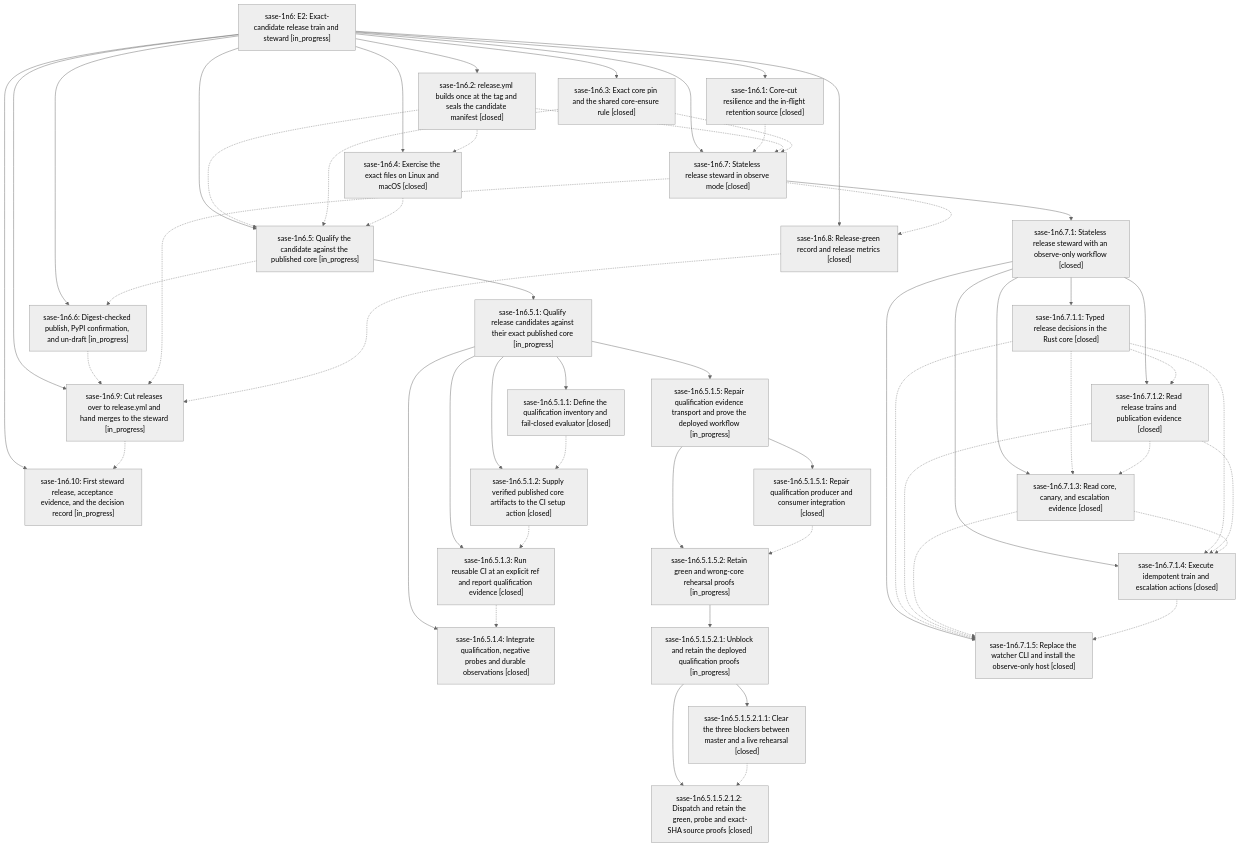
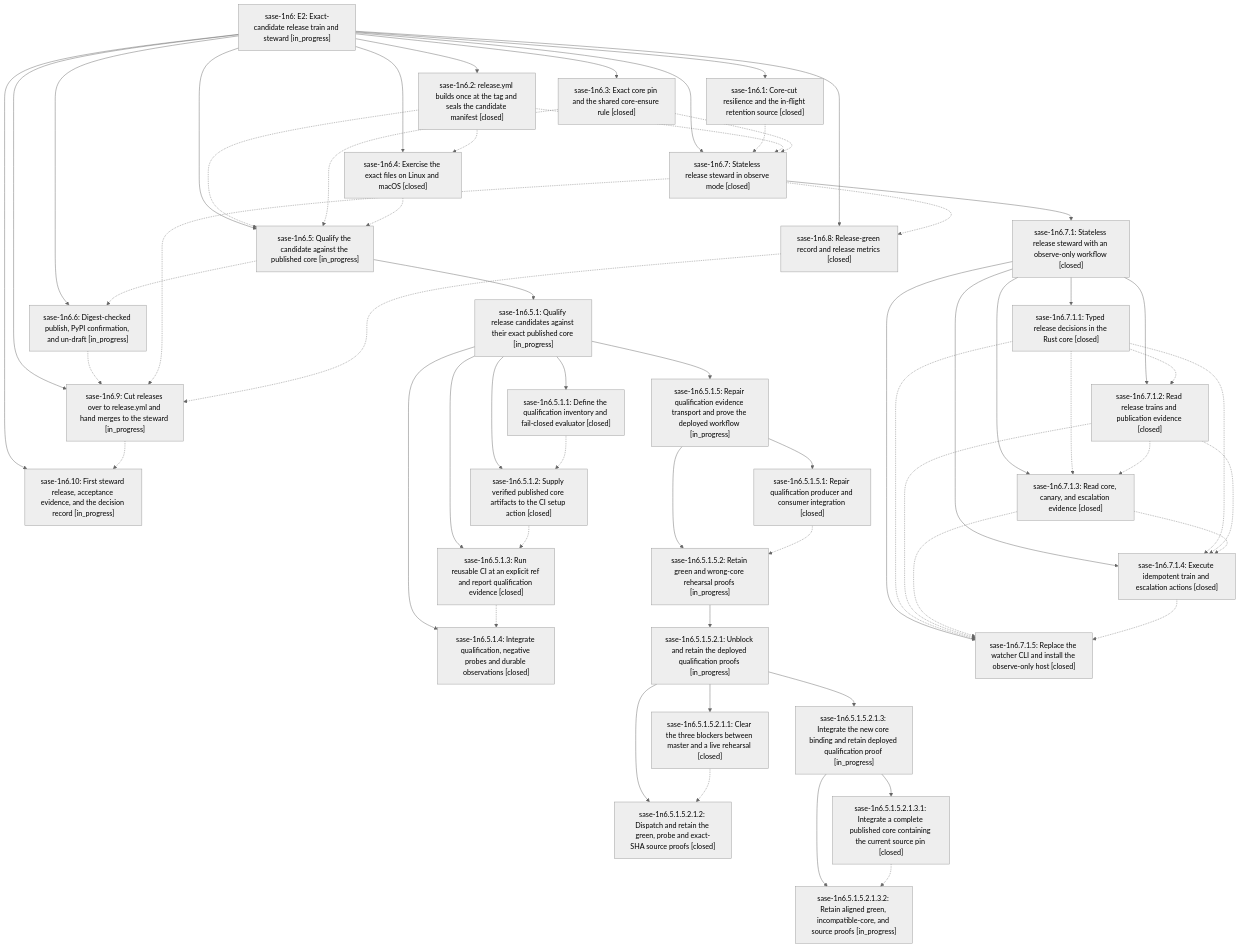
The diagram in pages/sase-1n6/README.md (sase-org/sase--beads), drawn with Mermaid (neutral theme) before and after one commit. The commit also changed other lines of this file and 11 other files, not shown here.

````diff
--- a/pages/sase-1n6/README.md
+++ b/pages/sase-1n6/README.md
@@ -84,16 +88,19 @@
     n15["sase-1n6.5.1.5.2.1: Unblock and retain the deployed qualification proofs [in_progress]"]
     n16["sase-1n6.5.1.5.2.1.1: Clear the three blockers between master and a live rehearsal [closed]"]
     n17["sase-1n6.5.1.5.2.1.2: Dispatch and retain the green, probe and exact-SHA source proofs [closed]"]
-    n18["sase-1n6.6: Digest-checked publish, PyPI confirmation, and un-draft [in_progress]"]
-    n19["sase-1n6.7: Stateless release steward in observe mode [closed]"]
-    n20["sase-1n6.7.1: Stateless release steward with an observe-only workflow [closed]"]
-    n21["sase-1n6.7.1.1: Typed release decisions in the Rust core [closed]"]
-    n22["sase-1n6.7.1.2: Read release trains and publication evidence [closed]"]
-    n23["sase-1n6.7.1.3: Read core, canary, and escalation evidence [closed]"]
-    n24["sase-1n6.7.1.4: Execute idempotent train and escalation actions [closed]"]
-    n25["sase-1n6.7.1.5: Replace the watcher CLI and install the observe-only host [closed]"]
-    n26["sase-1n6.8: Release-green record and release metrics [closed]"]
-    n27["sase-1n6.9: Cut releases over to release.yml and hand merges to the steward [in_progress]"]
+    n18["sase-1n6.5.1.5.2.1.3: Integrate the new core binding and retain deployed qualification proof [in_progress]"]
+    n19["sase-1n6.5.1.5.2.1.3.1: Integrate a complete published core containing the current source pin [closed]"]
+    n20["sase-1n6.5.1.5.2.1.3.2: Retain aligned green, incompatible-core, and source proofs [in_progress]"]
+    n21["sase-1n6.6: Digest-checked publish, PyPI confirmation, and un-draft [in_progress]"]
+    n22["sase-1n6.7: Stateless release steward in observe mode [closed]"]
+    n23["sase-1n6.7.1: Stateless release steward with an observe-only workflow [closed]"]
+    n24["sase-1n6.7.1.1: Typed release decisions in the Rust core [closed]"]
+    n25["sase-1n6.7.1.2: Read release trains and publication evidence [closed]"]
+    n26["sase-1n6.7.1.3: Read core, canary, and escalation evidence [closed]"]
+    n27["sase-1n6.7.1.4: Execute idempotent train and escalation actions [closed]"]
+    n28["sase-1n6.7.1.5: Replace the watcher CLI and install the observe-only host [closed]"]
+    n29["sase-1n6.8: Release-green record and release metrics [closed]"]
+    n30["sase-1n6.9: Cut releases over to release.yml and hand merges to the steward [in_progress]"]
     n0 --> n1
     n0 --> n2
     n0 --> n3
@@ -111,42 +118,46 @@
     n14 --> n15
     n15 --> n16
     n15 --> n17
-    n0 --> n18
-    n0 --> n19
-    n19 --> n20
-    n20 --> n21
-    n20 --> n22
-    n20 --> n23
-    n20 --> n24
-    n20 --> n25
-    n0 --> n26
-    n0 --> n27
-    n1 -.-> n19
+    n15 --> n18
+    n18 --> n19
+    n18 --> n20
+    n0 --> n21
+    n0 --> n22
+    n22 --> n23
+    n23 --> n24
+    n23 --> n25
+    n23 --> n26
+    n23 --> n27
+    n23 --> n28
+    n0 --> n29
+    n0 --> n30
+    n1 -.-> n22
     n3 -.-> n5
     n3 -.-> n6
-    n3 -.-> n19
+    n3 -.-> n22
     n4 -.-> n6
-    n4 -.-> n19
+    n4 -.-> n22
     n5 -.-> n6
-    n6 -.-> n18
+    n6 -.-> n21
     n8 -.-> n9
     n9 -.-> n10
     n10 -.-> n11
     n13 -.-> n14
     n16 -.-> n17
-    n18 -.-> n27
-    n19 -.-> n26
-    n19 -.-> n27
-    n21 -.-> n22
-    n21 -.-> n23
-    n21 -.-> n24
-    n21 -.-> n25
-    n22 -.-> n23
-    n22 -.-> n24
-    n22 -.-> n25
-    n23 -.-> n24
-    n23 -.-> n25
+    n19 -.-> n20
+    n21 -.-> n30
+    n22 -.-> n29
+    n22 -.-> n30
     n24 -.-> n25
+    n24 -.-> n26
+    n24 -.-> n27
+    n24 -.-> n28
+    n25 -.-> n26
+    n25 -.-> n27
+    n25 -.-> n28
     n26 -.-> n27
-    n27 -.-> n2
+    n26 -.-> n28
+    n27 -.-> n28
+    n29 -.-> n30
+    n30 -.-> n2
 ```
````
